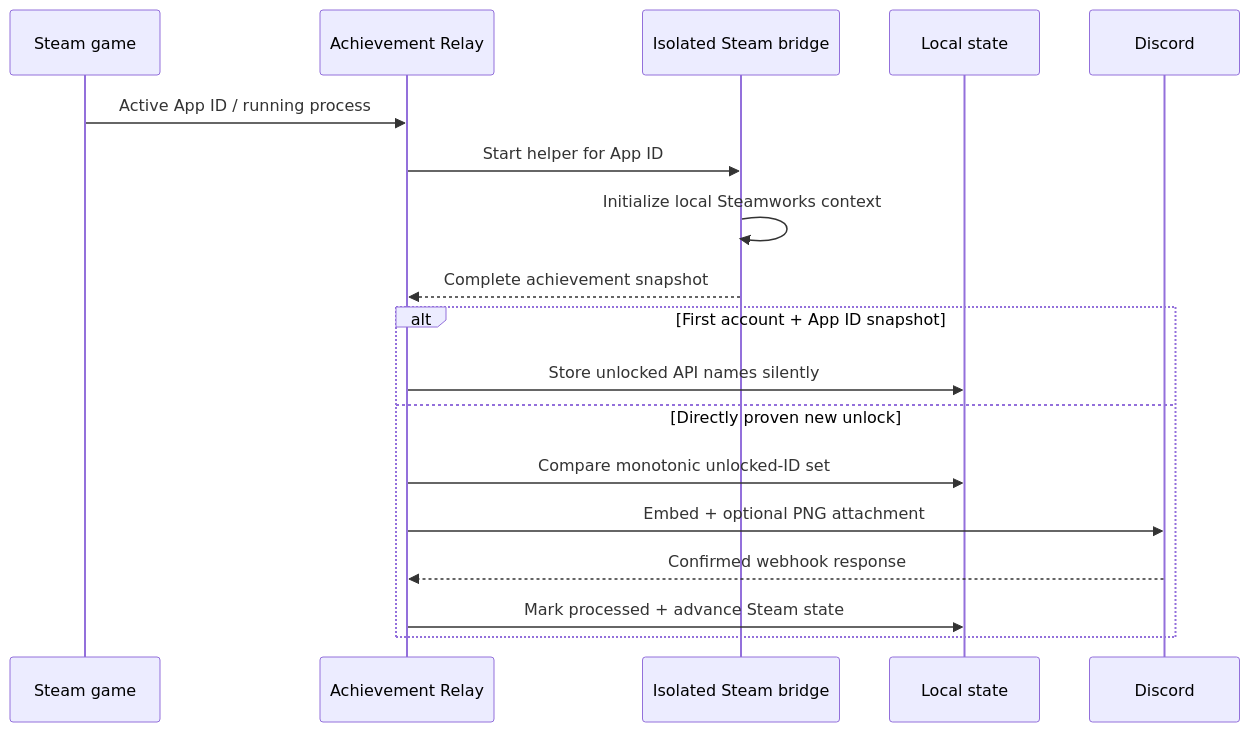
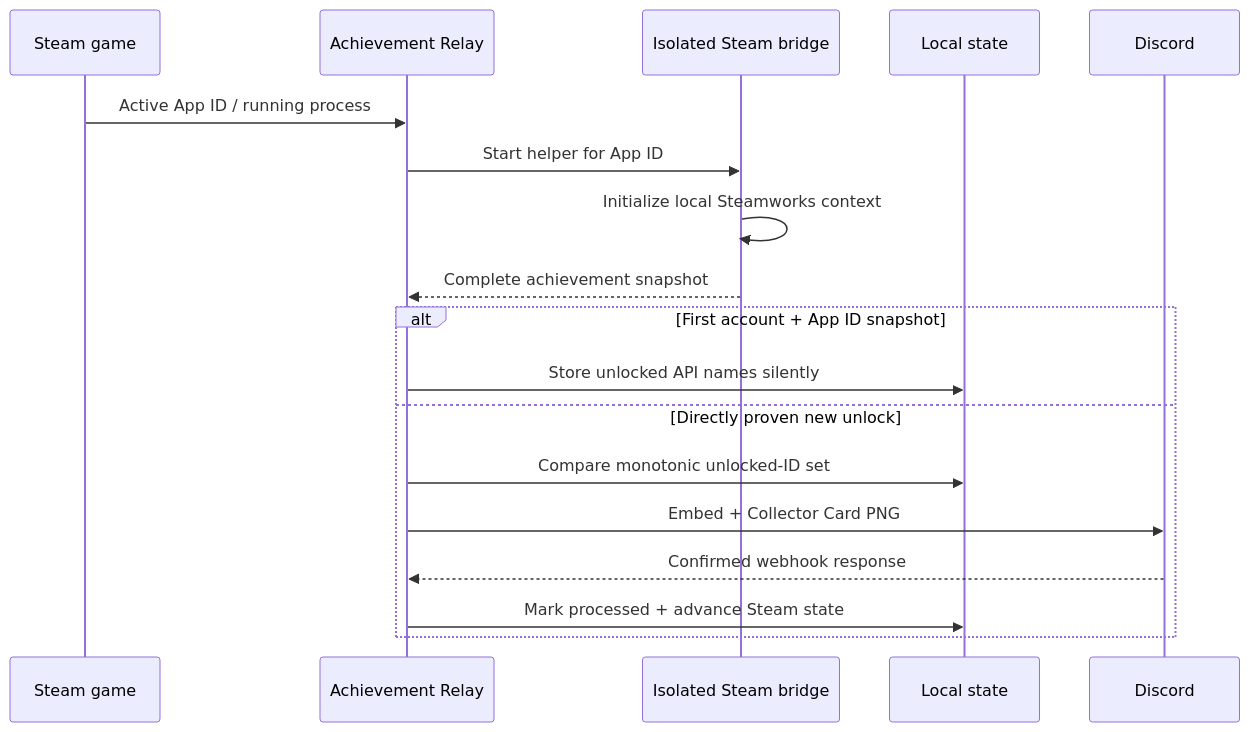
The second of 2 diagrams in docs/ARCHITECTURE.md (Conroy1988/Achievement-Relay), drawn with Mermaid before and after one commit. The commit also changed other lines of this file and 50 other files, not shown here.

````diff
--- a/docs/ARCHITECTURE.md
+++ b/docs/ARCHITECTURE.md
@@ -40,20 +40,20 @@
 ```mermaid
 sequenceDiagram
     participant G as Steam game
     participant A as Achievement Relay
     participant B as Isolated Steam bridge
     participant L as Local state
     participant D as Discord
     G->>A: Active App ID / running process
     A->>B: Start helper for App ID
     B->>B: Initialize local Steamworks context
     B-->>A: Complete achievement snapshot
     alt First account + App ID snapshot
         A->>L: Store unlocked API names silently
     else Directly proven new unlock
         A->>L: Compare monotonic unlocked-ID set
-        A->>D: Embed + optional PNG attachment
+        A->>D: Embed + Collector Card PNG
         D-->>A: Confirmed webhook response
         A->>L: Mark processed + advance Steam state
     end
 ```
````
